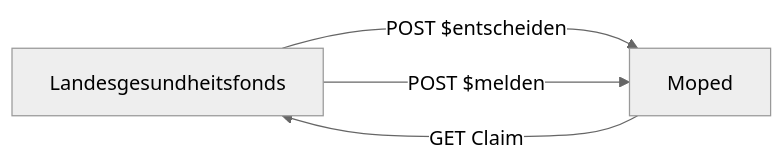
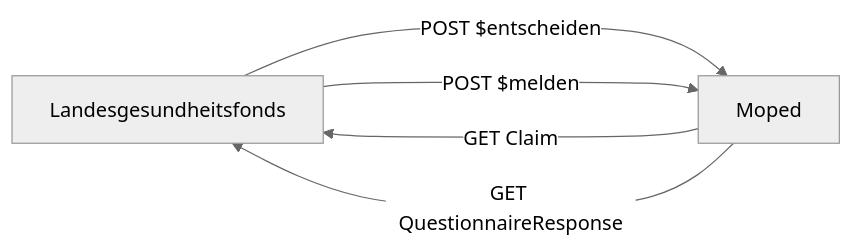
One commit to HL7Austria/ELGA-MOPED-R5 changed the third of 5 diagrams in input/pagecontent/actors.md. Above: the diagram before and after it, drawn with Mermaid (neutral theme). The commit also changed other lines of this file and 2 other files, not shown here.

```diff
--- a/input/pagecontent/actors.md
+++ b/input/pagecontent/actors.md
@@ -36,8 +37,9 @@
 <pre class="mermaid">
     graph LR
     LGF[Landesgesundheitsfonds]
     Moped[Moped] 
     Moped --->|GET Claim| LGF
+    Moped --->|GET QuestionnaireResponse| LGF
     LGF --->|POST $entscheiden| Moped
     LGF --->|POST $melden| Moped
 </pre>
```
